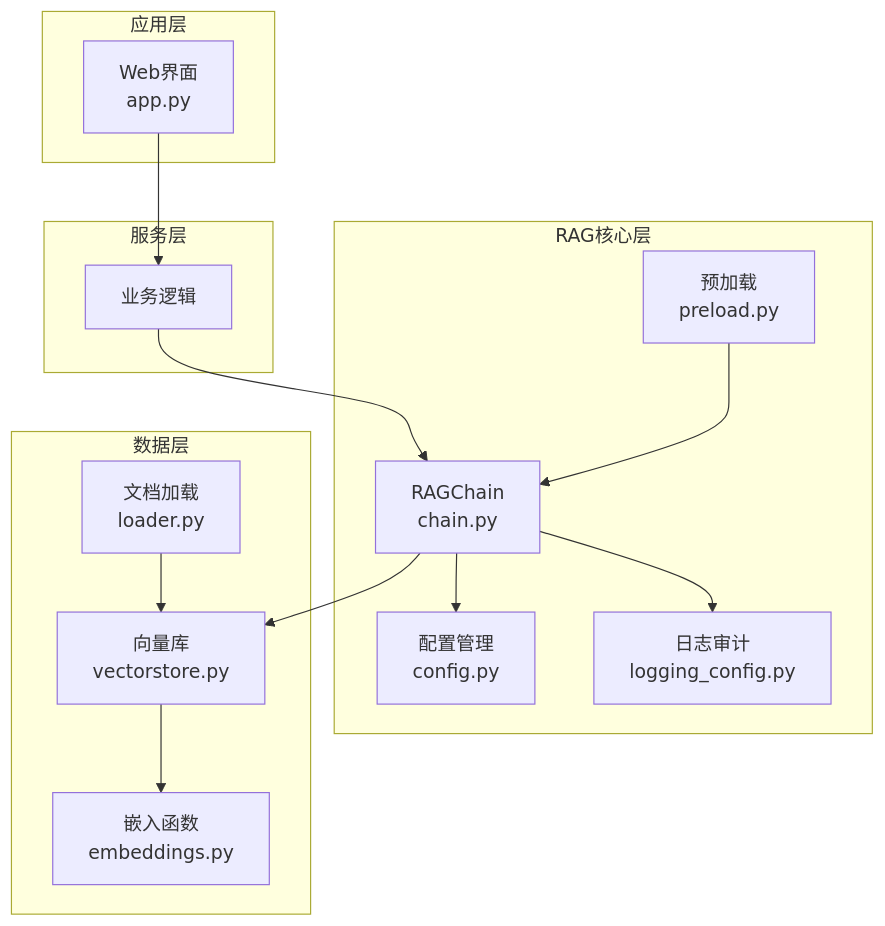
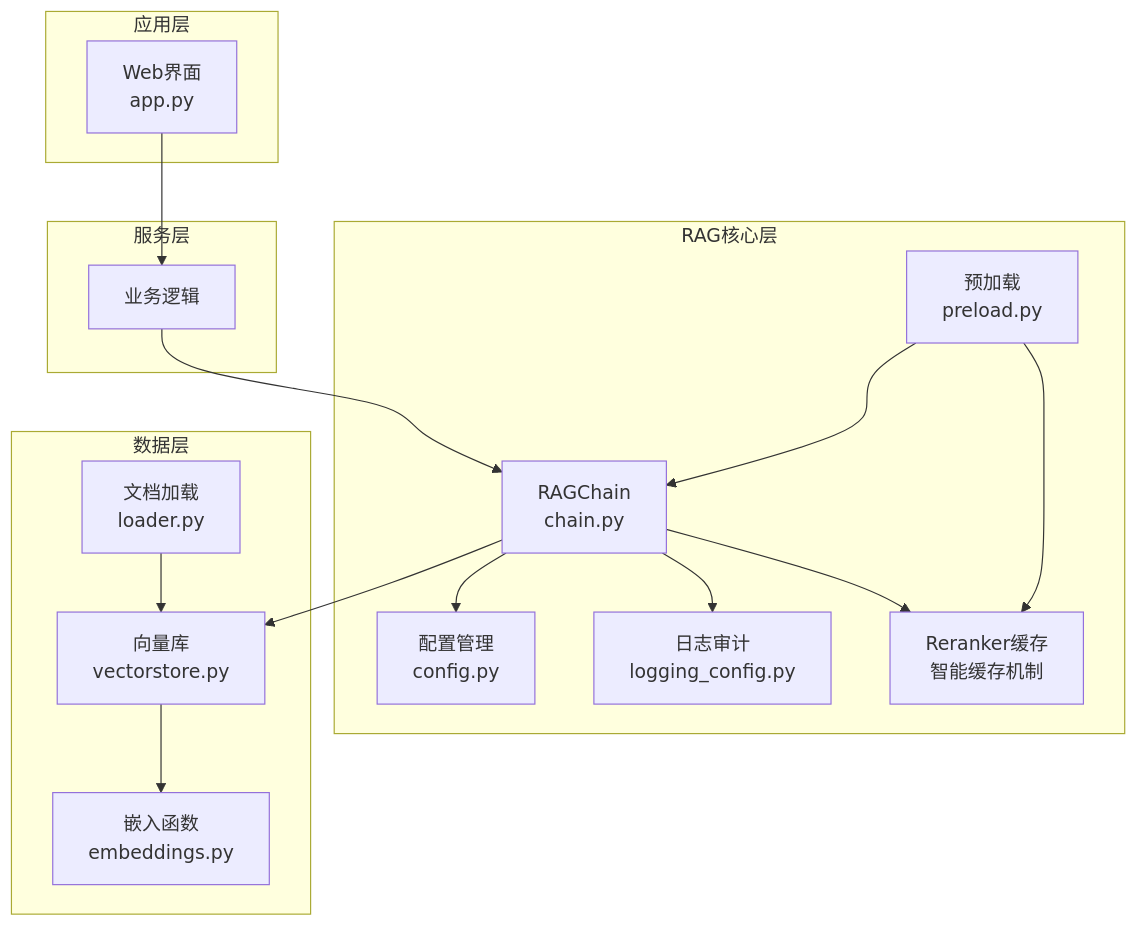
The first of 11 diagrams in .qoder/repowiki/zh/content/RAG核心引擎/RAG检索链实现/RAG检索链实现.md (joyafa/knowledge), drawn with Mermaid before and after one commit. The commit also changed other lines of this file and 16 other files, not shown here.

````diff
--- a/.qoder/repowiki/zh/content/RAG核心引擎/RAG检索链实现/RAG检索链实现.md
+++ b/.qoder/repowiki/zh/content/RAG核心引擎/RAG检索链实现/RAG检索链实现.md
@@ -50,28 +52,31 @@
 ```mermaid
 graph TB
 subgraph "应用层"
 UI[Web界面<br/>app.py]
 end
 subgraph "服务层"
 Services[业务逻辑]
 end
 subgraph "RAG核心层"
 Chain[RAGChain<br/>chain.py]
 Config[配置管理<br/>config.py]
 Preload[预加载<br/>preload.py]
 Logger[日志审计<br/>logging_config.py]
+RerankerCache[Reranker缓存<br/>智能缓存机制]
 end
 subgraph "数据层"
 Loader[文档加载<br/>loader.py]
 VS[向量库<br/>vectorstore.py]
 Embed[嵌入函数<br/>embeddings.py]
 end
 UI --> Services
 Services --> Chain
 Chain --> VS
 Chain --> Config
 Chain --> Logger
+Chain --> RerankerCache
 VS --> Embed
 Loader --> VS
 Preload --> Chain
+Preload --> RerankerCache
 ```
````
